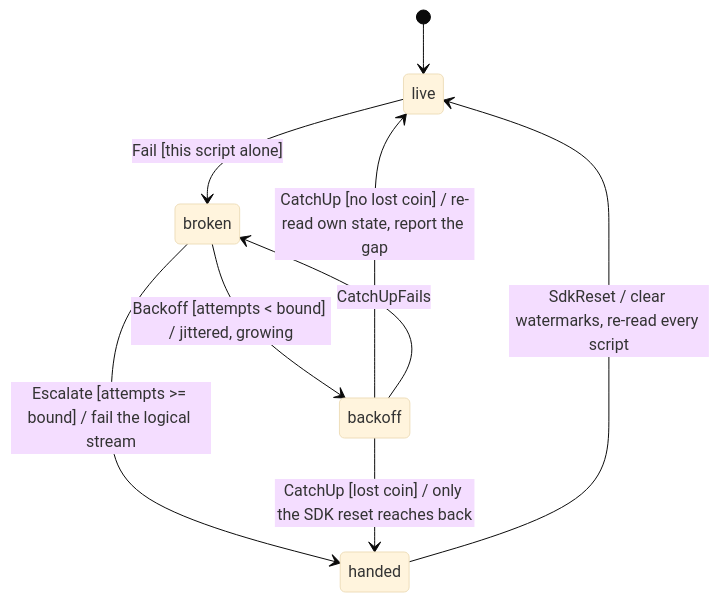
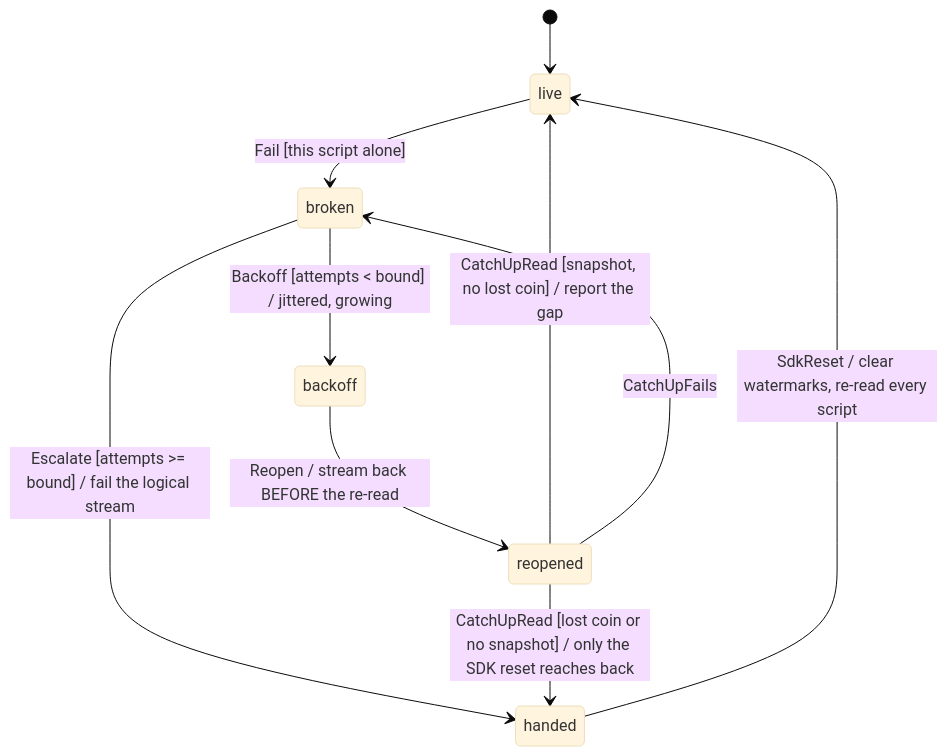
Diagram 17 of 17 in spec/tla/README.md (arkade-os/shielded), drawn with Mermaid (base theme) before and after one commit. The commit also changed other lines of this file and 17 other files, not shown here.

First line of the commit message:
Give stream-backed scripts a baseline and reopen before catching up

````diff
--- a/spec/tla/README.md
+++ b/spec/tla/README.md
@@ -787,11 +789,12 @@
 ```mermaid
 stateDiagram-v2
     [*] --> live
     live --> broken: Fail [this script alone]
     broken --> backoff: Backoff [attempts < bound] / jittered, growing
     broken --> handed: Escalate [attempts >= bound] / fail the logical stream
-    backoff --> live: CatchUp [no lost coin] / re-read own state, report the gap
-    backoff --> handed: CatchUp [lost coin] / only the SDK reset reaches back
-    backoff --> broken: CatchUpFails
+    backoff --> reopened: Reopen / stream back BEFORE the re-read
+    reopened --> live: CatchUpRead [snapshot, no lost coin] / report the gap
+    reopened --> handed: CatchUpRead [lost coin or no snapshot] / only the SDK reset reaches back
+    reopened --> broken: CatchUpFails
     handed --> live: SdkReset / clear watermarks, re-read every script
 ```
````
